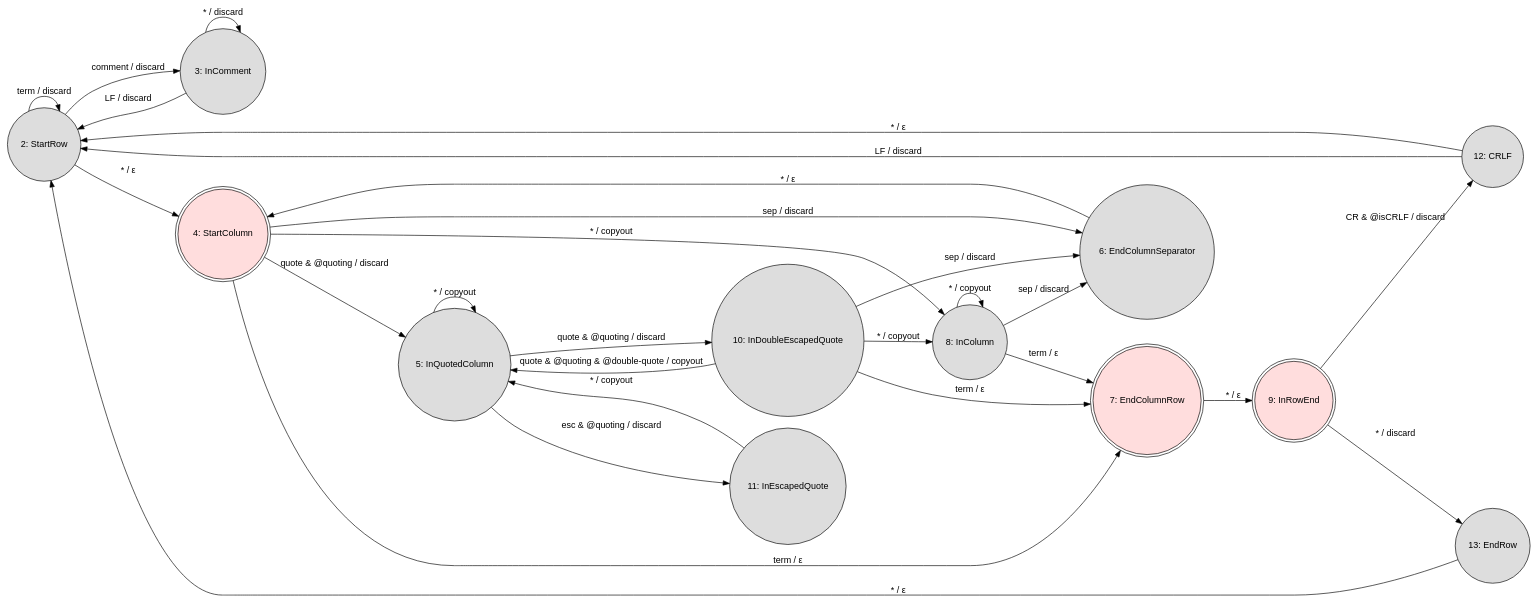
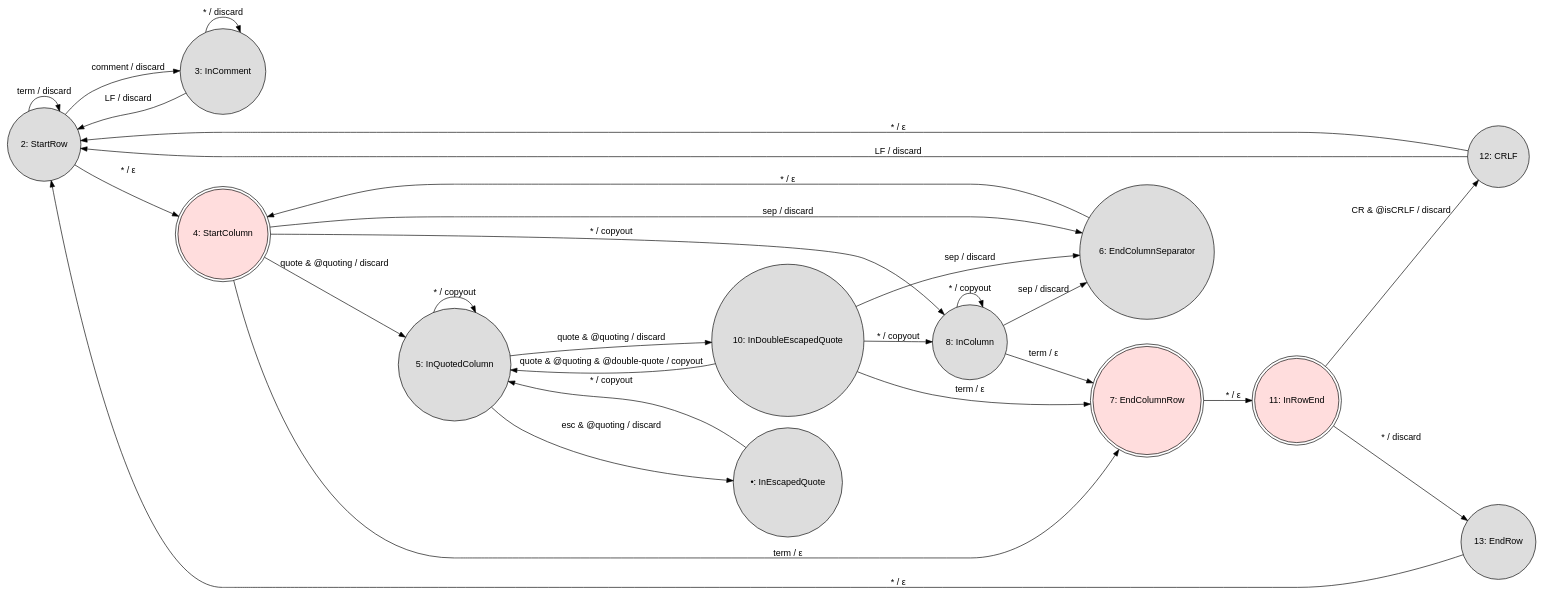
Before and after one commit to shreeve/censive: the diagram in csv.dot, drawn with Graphviz.

Commit message:
Rename state 11

```diff
--- a/csv.dot
+++ b/csv.dot
@@ -1,60 +1,60 @@
 digraph finite_state_machine {
   fontname="Helvetica,Arial,sans-serif"
   node [fontname="Helvetica,Arial,sans-serif"]
   edge [fontname="Helvetica,Arial,sans-serif"]
   rankdir=LR;
   node [shape = circle, style=filled, fillcolor="#dddddd"];
 
   2  [label="2: StartRow"];
   3  [label="3: InComment"];
   4  [label="4: StartColumn", shape=doublecircle, fillcolor="#ffdddd"];
   8  [label="8: InColumn"];
   5  [label="5: InQuotedColumn"];
-  11 [label="11: InEscapedQuote"];
+  • [label="•: InEscapedQuote"];
   10 [label="10: InDoubleEscapedQuote"];
   6  [label="6: EndColumnSeparator"];
   7  [label="7: EndColumnRow", shape=doublecircle, fillcolor="#ffdddd"];
-  9  [label="9: InRowEnd", shape=doublecircle, fillcolor="#ffdddd"];
+  11 [label="11: InRowEnd", shape=doublecircle, fillcolor="#ffdddd"];
   12 [label="12: CRLF"];
   13 [label="13: EndRow"];
 
   2  -> 2  [label="term / discard"];
   2  -> 3  [label="comment / discard"];
   2  -> 4  [label="* / ε"];
 
   3  -> 2  [label="LF / discard"];
   3  -> 3  [label="* / discard"];
 
   4  -> 5  [label="quote & @quoting / discard"];
   4  -> 6  [label="sep / discard"];
   4  -> 7  [label="term / ε"]
   4  -> 8  [label="* / copyout"];
 
   5  -> 5  [label="* / copyout"];
   5  -> 10 [label="quote & @quoting / discard"];
-  5  -> 11 [label="esc & @quoting / discard"];
+  5  -> •  [label="esc & @quoting / discard"];
 
   6  -> 4  [label="* / ε"];
 
-  7  -> 9  [label="* / ε"];
+  7  -> 11 [label="* / ε"];
 
   8  -> 6  [label="sep / discard"];
   8  -> 7  [label="term / ε"]
   8  -> 8  [label="* / copyout"];
 
-  9  -> 12 [label="CR & @isCRLF / discard"];
-  9  -> 13 [label="* / discard"];
+  11 -> 12 [label="CR & @isCRLF / discard"];
+  11 -> 13 [label="* / discard"];
 
   10 -> 5  [label="quote & @quoting & @double-quote / copyout"];
   10 -> 6  [label="sep / discard"];
   10 -> 7  [label="term / ε"]
   10 -> 8  [label="* / copyout"];
 
-  11 -> 5  [label="* / copyout"];
+  •  -> 5  [label="* / copyout"];
 
   12 -> 2  [label="* / ε"];
   12 -> 2  [label="LF / discard"];
 
   13 -> 2  [label="* / ε"];
 
 }
```
